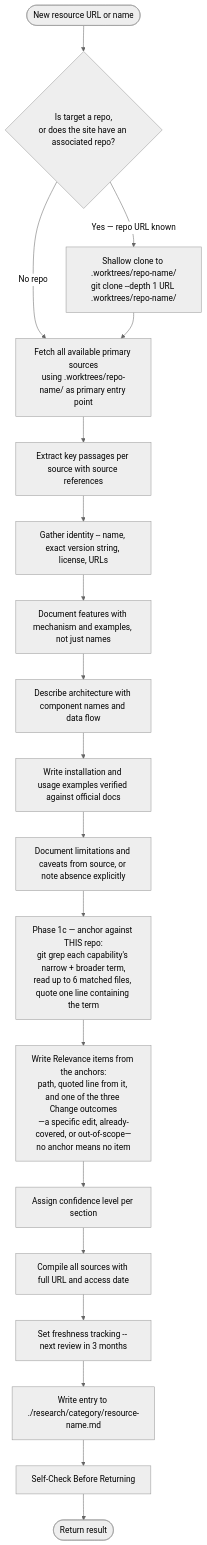
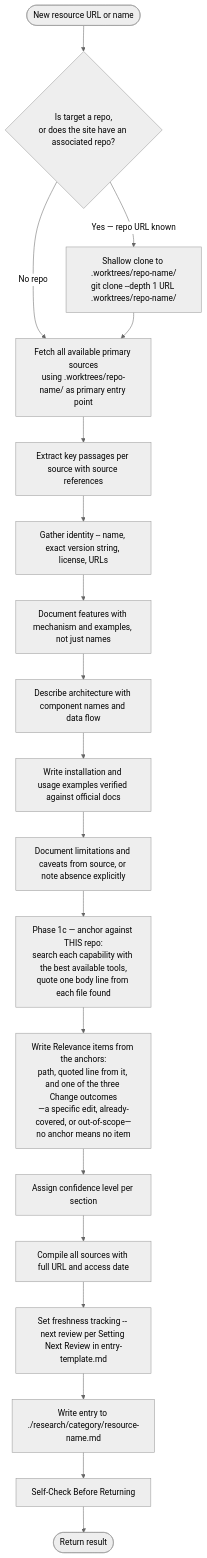
The second of 2 diagrams in .claude/agents/research-curator.md (Jamie-BitFlight/claude_skills), drawn with Mermaid (neutral theme) before and after one commit. The commit also changed other lines of this file and 8 other files, not shown here.

First line of the commit message:
refactor(research-curator): search the repo semantically with whatever tools exist (#4040)

````diff
--- a/.claude/agents/research-curator.md
+++ b/.claude/agents/research-curator.md
@@ -179,21 +179,21 @@
 ```mermaid
 flowchart TD
     Start([New resource URL or name]) --> CloneCheck{Is target a repo,<br>or does the site have an associated repo?}
     CloneCheck -->|"Yes — repo URL known"| ShallowClone["Shallow clone to .worktrees/repo-name/<br>git clone --depth 1 URL .worktrees/repo-name/"]
     CloneCheck -->|"No repo"| Fetch[Fetch all available primary sources]
     ShallowClone --> Fetch[Fetch all available primary sources<br>using .worktrees/repo-name/ as primary entry point]
     Fetch --> Extract[Extract key passages per source with source references]
     Extract --> Metadata[Gather identity -- name, exact version string, license, URLs]
     Metadata --> Features[Document features with mechanism and examples, not just names]
     Features --> Architecture[Describe architecture with component names and data flow]
     Architecture --> Usage[Write installation and usage examples verified against official docs]
     Usage --> Limitations[Document limitations and caveats from source, or note absence explicitly]
-    Limitations --> Anchors[Phase 1c — anchor against THIS repo:<br>git grep each capability's narrow + broader term,<br>read up to 6 matched files, quote one line containing the term]
+    Limitations --> Anchors[Phase 1c — anchor against THIS repo:<br>search each capability with the best available tools,<br>quote one body line from each file found]
     Anchors --> Relevance[Write Relevance items from the anchors:<br>path, quoted line from it, and one of the three Change outcomes<br>—a specific edit, already-covered, or out-of-scope—<br>no anchor means no item]
     Relevance --> Confidence[Assign confidence level per section]
     Confidence --> References[Compile all sources with full URL and access date]
-    References --> Freshness[Set freshness tracking -- next review in 3 months]
+    References --> Freshness[Set freshness tracking -- next review per Setting Next Review in entry-template.md]
     Freshness --> WriteFile[Write entry to ./research/category/resource-name.md]
     WriteFile --> SelfCheck[Self-Check Before Returning]
     SelfCheck --> Done([Return result])
 ```
````
